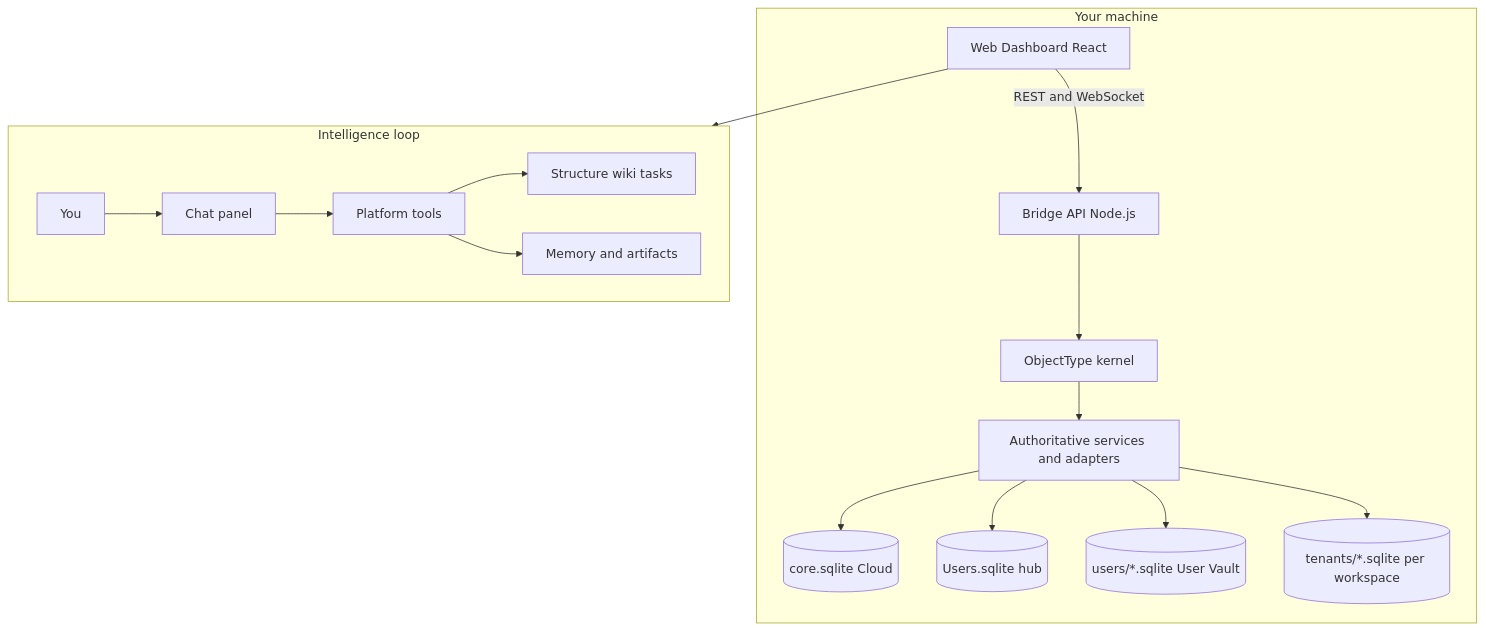
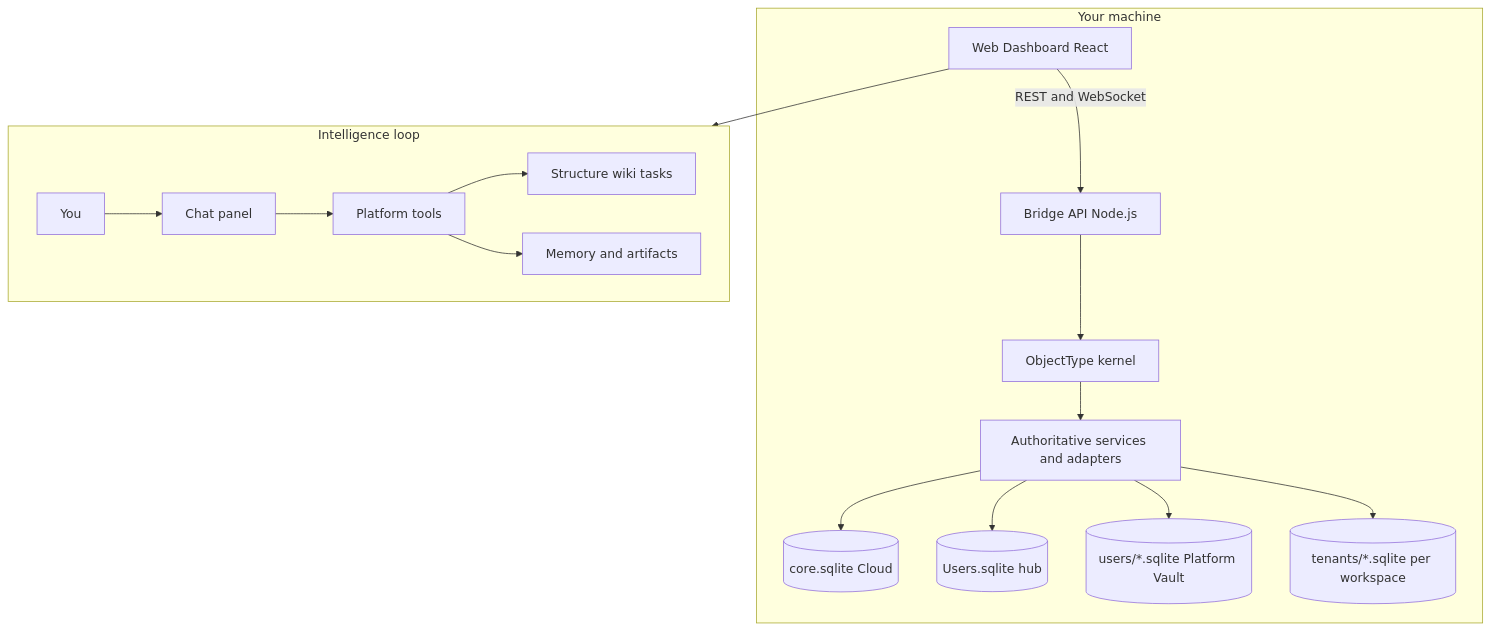
Before and after one commit to ReBoticsAI/GodMode: the first of 4 diagrams in README.md, drawn with Mermaid. The commit also changed 48 other files, not shown here.

First line of the commit message:
Live rename Cloud DB to Cloud.sqlite and restore Platform Vault label.

````diff
--- a/README.md
+++ b/README.md
@@ -69,27 +69,27 @@
 ```mermaid
 flowchart TB
   subgraph client [Your machine]
     Web[Web Dashboard React]
     Bridge[Bridge API Node.js]
     Kernel[ObjectType kernel]
     Services[Authoritative services and adapters]
     CloudDb[(core.sqlite Cloud)]
     HostUsersDb[(Users.sqlite hub)]
-    UserDb[(users/*.sqlite User Vault)]
+    UserDb[(users/*.sqlite Platform Vault)]
     TenantDb[(tenants/*.sqlite per workspace)]
     Web -->|REST and WebSocket| Bridge
     Bridge --> Kernel
     Kernel --> Services
     Services --> CloudDb
     Services --> HostUsersDb
     Services --> UserDb
     Services --> TenantDb
   end
   subgraph intelligence [Intelligence loop]
     User[You] --> Chat[Chat panel]
     Chat --> Tools[Platform tools]
     Tools --> Structure[Structure wiki tasks]
     Tools --> Memory[Memory and artifacts]
   end
   Web --> intelligence
 ```
````
